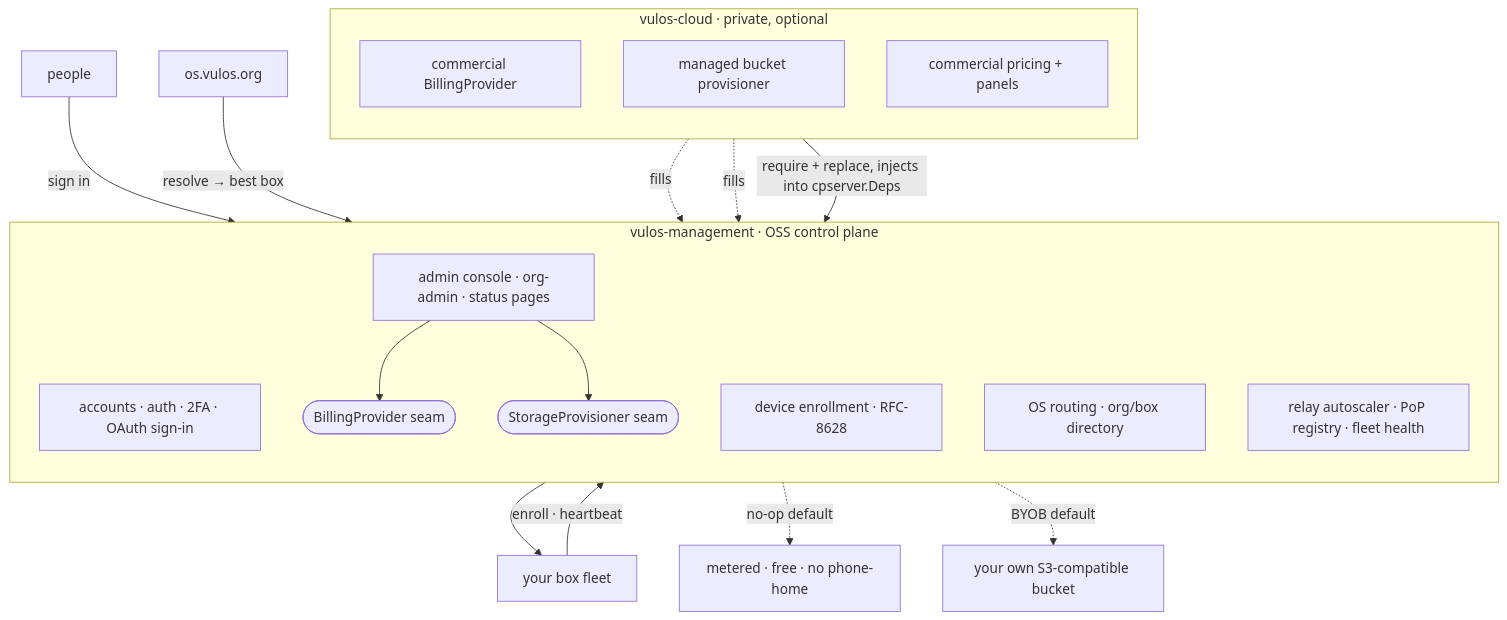
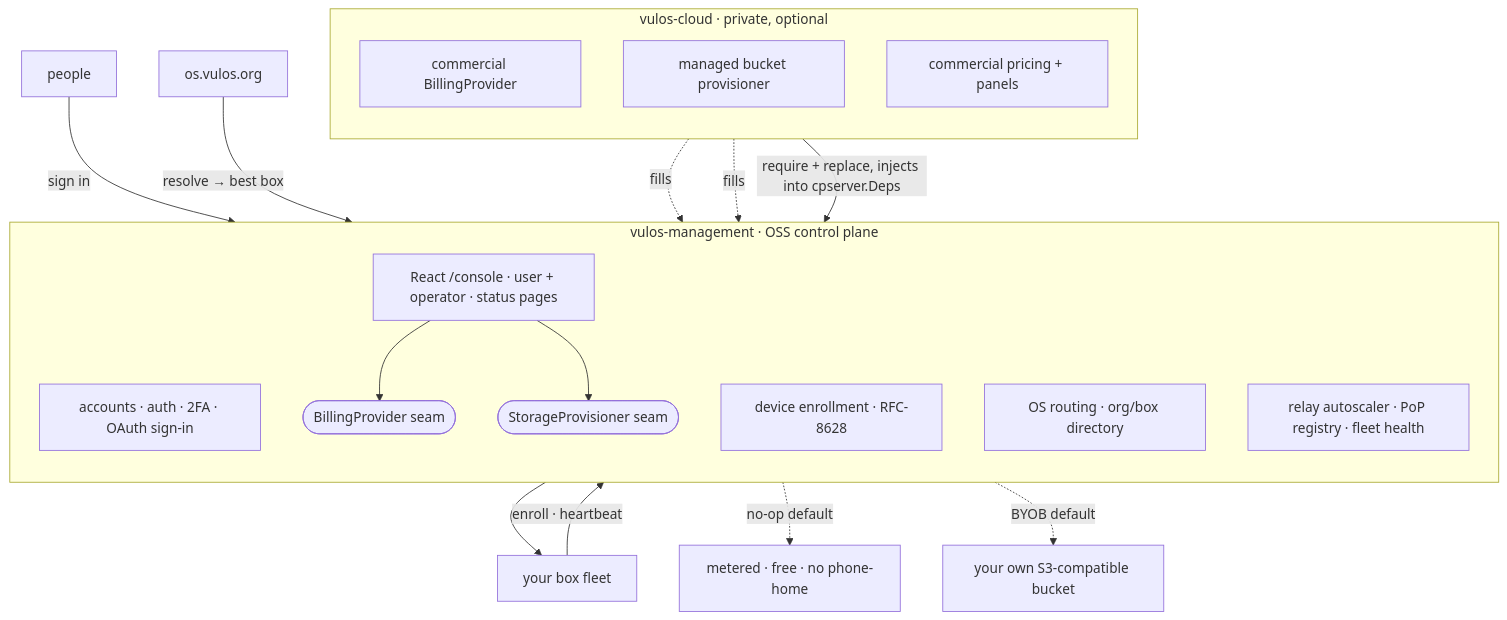
One commit to vul-os/vulos changed the diagram in README.md. Above: the diagram before and after it, drawn with Mermaid. The commit also changed other lines of this file, not shown here.

First line of the commit message:
docs(readme): describe the React /console app and its screenshot gallery

````diff
--- a/README.md
+++ b/README.md
@@ -116,35 +122,35 @@
 ```mermaid
 flowchart TD
     users["people"] -->|sign in| auth
     boxes["your box fleet"] -->|enroll · heartbeat| enroll
     dns["os.vulos.org"] -->|resolve → best box| routing
 
     subgraph mgmt["vulos-management · OSS control plane"]
         direction TB
         auth["accounts · auth · 2FA · OAuth sign-in"]
         enroll["device enrollment · RFC-8628"]
         routing["OS routing · org/box directory"]
         relay["relay autoscaler · PoP registry · fleet health"]
-        admin["admin console · org-admin · status pages"]
+        admin["React /console · user + operator · status pages"]
         billseam(["BillingProvider seam"])
         storeseam(["StorageProvisioner seam"])
     end
 
     admin --> billseam
     admin --> storeseam
     relay --> boxes
 
     billseam -. no-op default .-> free["metered · free · no phone-home"]
     storeseam -. BYOB default .-> byob["your own S3-compatible bucket"]
 
     subgraph cloud["vulos-cloud · private, optional"]
         direction TB
         billprovider["commercial BillingProvider"]
         bucketprov["managed bucket provisioner"]
         pricing["commercial pricing + panels"]
     end
 
     cloud -->|require + replace, injects into cpserver.Deps| mgmt
     billprovider -.fills.-> billseam
     bucketprov -.fills.-> storeseam
 ```
````
